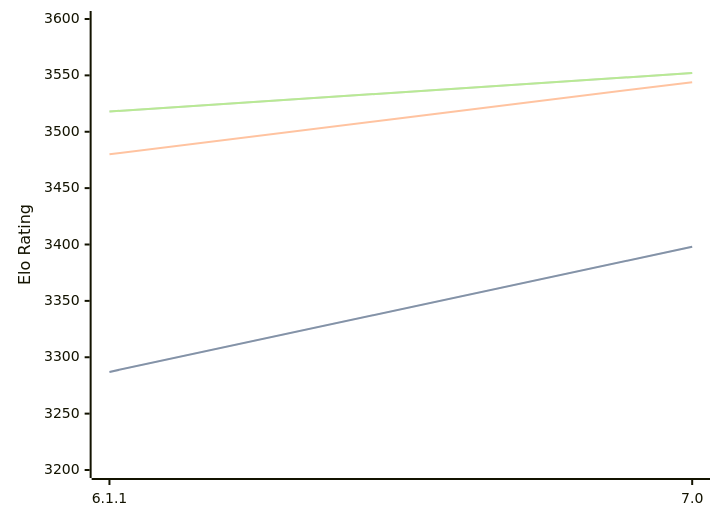
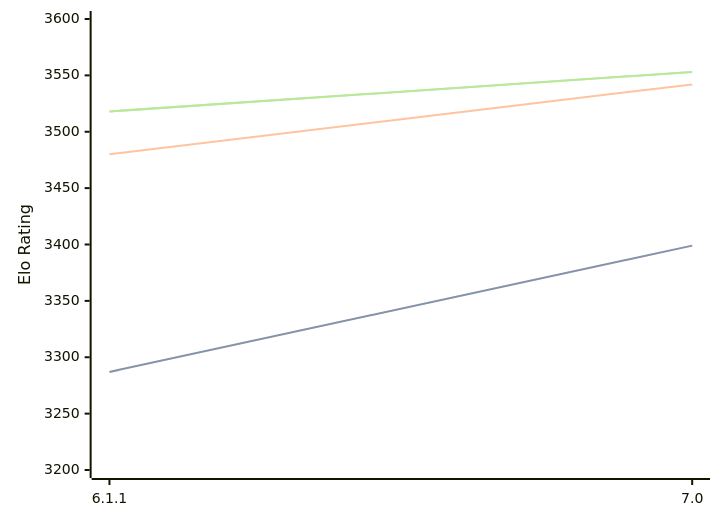
Before and after one commit to computer-chess-index/cci: the diagram in engines/Astra.md, drawn with Mermaid. The commit also changed other lines of this file, not shown here.

Commit message:
Update CCI Ratings (ELO VLTC) - 2026-09-15

````diff
--- a/engines/Astra.md
+++ b/engines/Astra.md
@@ -32,11 +32,11 @@
 ```mermaid
 %%{init: {"theme":"base","themeVariables":{"seriesColors:['#a3a3a3','#222221','#faa371']}}}%%
 xychart-beta
   x-axis ["6.1.1", "7.0"]
   y-axis "Elo Rating" 3200 --> 3600
-  line "" [3287, 3398]
-  line "STC (8.0+0.08s)" [3287, 3398]
-  line "LTC (60.0+0.60s)" [3480, 3544]
-  line "" [3518, 3552]
-  line "VLTC (2m24s+1.12s)" [3518, 3552]
+  line "" [3287, 3399]
+  line "STC (8.0+0.08s)" [3287, 3399]
+  line "LTC (60.0+0.60s)" [3480, 3542]
+  line "" [3518, 3553]
+  line "VLTC (2m24s+1.12s)" [3518, 3553]
 ```
````
